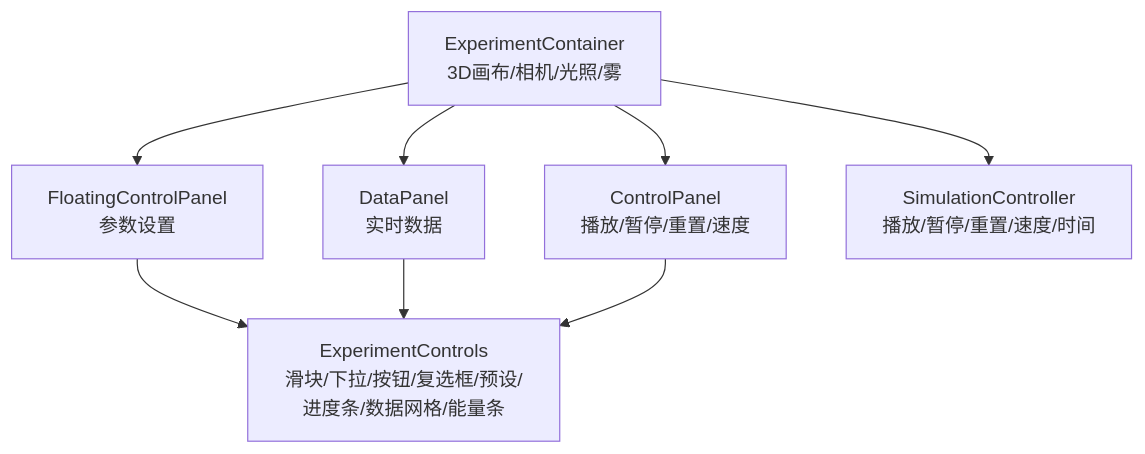
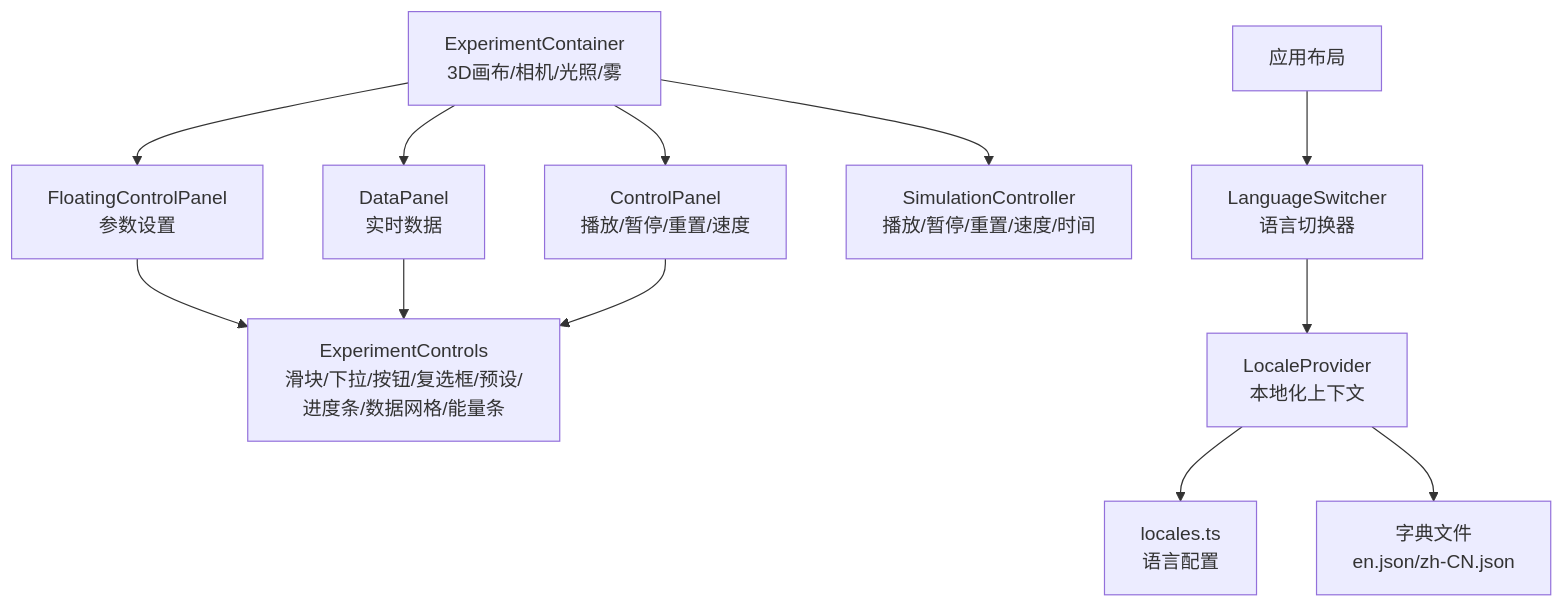
One commit to KaiYun-Wang/phys-lab-3d changed the second of 6 diagrams in .qoder/repowiki/zh/content/用户界面组件/用户界面组件.md. Above: the diagram before and after it, drawn with Mermaid. The commit also changed other lines of this file and 6 other files, not shown here.

````diff
--- a/.qoder/repowiki/zh/content/用户界面组件/用户界面组件.md
+++ b/.qoder/repowiki/zh/content/用户界面组件/用户界面组件.md
@@ -103,10 +137,14 @@
 ```mermaid
 graph TB
 A["ExperimentContainer<br/>3D画布/相机/光照/雾"] --> B["ControlPanel<br/>播放/暂停/重置/速度"]
 A --> C["FloatingControlPanel<br/>参数设置"]
 A --> D["DataPanel<br/>实时数据"]
 A --> E["SimulationController<br/>播放/暂停/重置/速度/时间"]
 C --> F["ExperimentControls<br/>滑块/下拉/按钮/复选框/预设/进度条/数据网格/能量条"]
 D --> F
 B --> F
+G["LanguageSwitcher<br/>语言切换器"] --> H["LocaleProvider<br/>本地化上下文"]
+H --> I["locales.ts<br/>语言配置"]
+H --> J["字典文件<br/>en.json/zh-CN.json"]
+K["应用布局"] --> G
 ```
````
